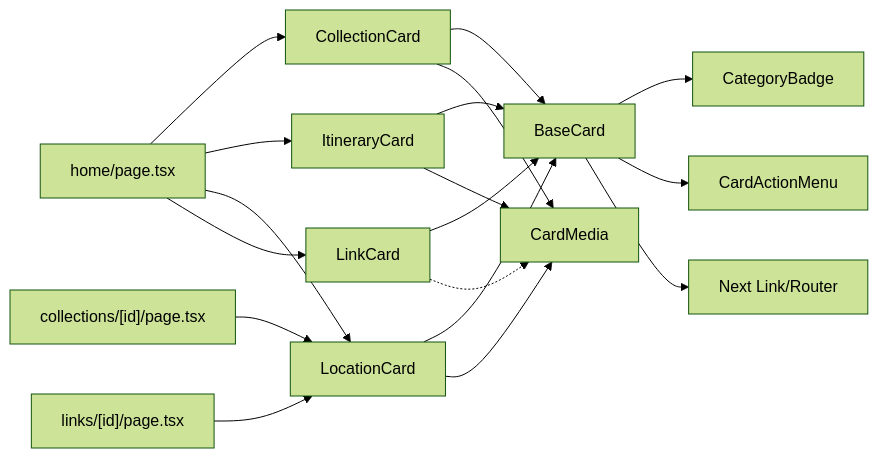
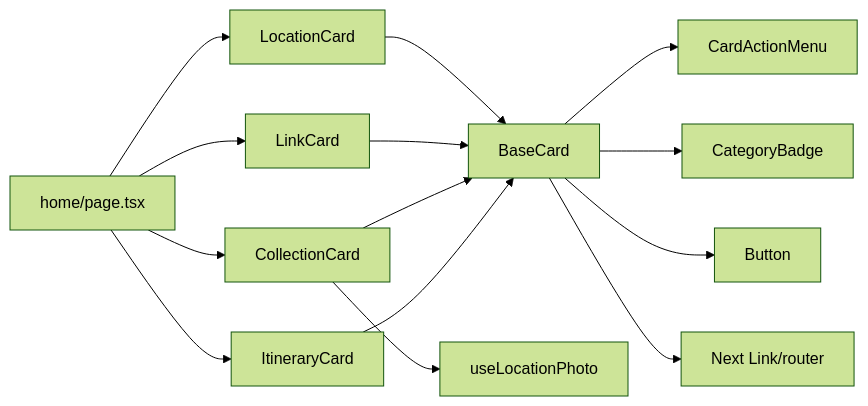
Before and after one commit to Meaetin/alibaba-hackathon: the fifth of 5 diagrams in .qoder/repowiki/en/content/Component Library/Card Components.md, drawn with Mermaid (forest theme). The commit also changed other lines of this file and 241 other files, not shown here.

````diff
--- a/.qoder/repowiki/en/content/Component Library/Card Components.md
+++ b/.qoder/repowiki/en/content/Component Library/Card Components.md
@@ -296,20 +375,16 @@
 ```mermaid
 graph LR
-Base["BaseCard"] --> Badge["CategoryBadge"]
-Base --> Menu["CardActionMenu"]
-Base --> Next["Next Link/Router"]
+Base["BaseCard"] --> Menu["CardActionMenu"]
+Base --> Badge["CategoryBadge"]
+Base --> Btn["Button"]
+Base --> Link["Next Link/router"]
+IC["ItineraryCard"] --> Base
 CC["CollectionCard"] --> Base
-IC["ItineraryCard"] --> Base
-LC["LocationCard"] --> Base
-LKC["LinkCard"] --> Base
-CC --> CM["CardMedia"]
-IC --> CM
-LC --> CM
-LKC -.-> CM
-Home["home/page.tsx"] --> CC
-Home --> IC
+LC["LinkCard"] --> Base
+LOC["LocationCard"] --> Base
+CC --> Hook["useLocationPhoto"]
+Home["home/page.tsx"] --> IC
+Home --> CC
 Home --> LC
-Home --> LKC
-Col["collections/[id]/page.tsx"] --> LC
-Links["links/[id]/page.tsx"] --> LC
+Home --> LOC
 ```
````
